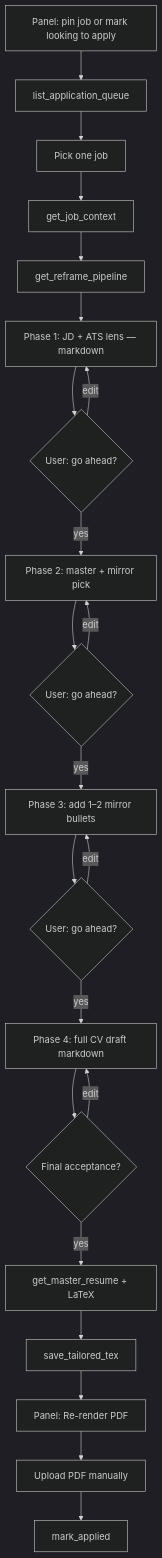
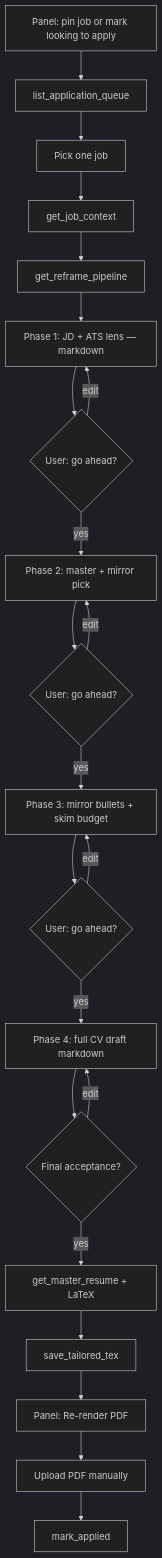
Before and after one commit to AminMortezaie/relocation-jobs: the first of 2 diagrams in docs/reference/mcp-application.md, drawn with Mermaid (dark theme). The commit also changed other lines of this file, not shown here.

First line of the commit message:
Document skim-budget trim in the MCP reframe application guide.

````diff
--- a/docs/reference/mcp-application.md
+++ b/docs/reference/mcp-application.md
@@ -141,24 +141,24 @@
 ```mermaid
 flowchart TD
   A[Panel: pin job or mark looking to apply] --> B[list_application_queue]
   B --> C[Pick one job]
   C --> D[get_job_context]
   D --> E[get_reframe_pipeline]
   E --> F[Phase 1: JD + ATS lens — markdown]
   F --> G{User: go ahead?}
   G -->|edit| F
   G -->|yes| H[Phase 2: master + mirror pick]
   H --> I{User: go ahead?}
   I -->|edit| H
-  I -->|yes| J[Phase 3: add 1–2 mirror bullets]
+  I -->|yes| J[Phase 3: mirror bullets + skim budget]
   J --> K{User: go ahead?}
   K -->|edit| J
   K -->|yes| L[Phase 4: full CV draft markdown]
   L --> M{Final acceptance?}
   M -->|edit| L
   M -->|yes| N[get_master_resume + LaTeX]
   N --> O[save_tailored_tex]
   O --> P[Panel: Re-render PDF]
   P --> Q[Upload PDF manually]
   Q --> R[mark_applied]
 ```
````
